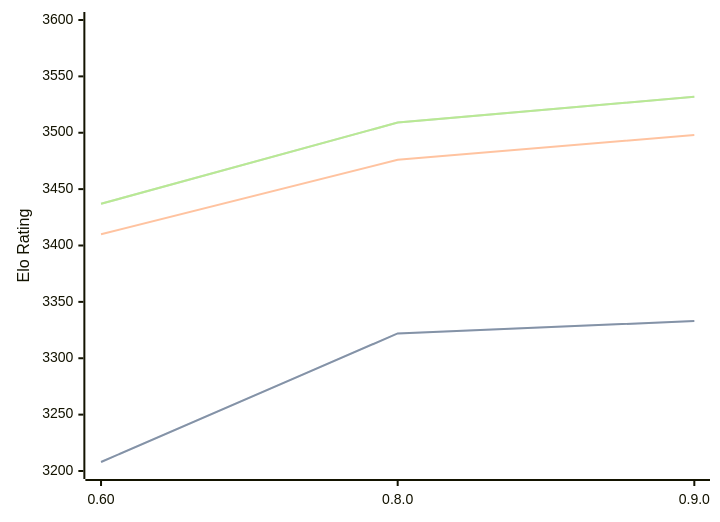
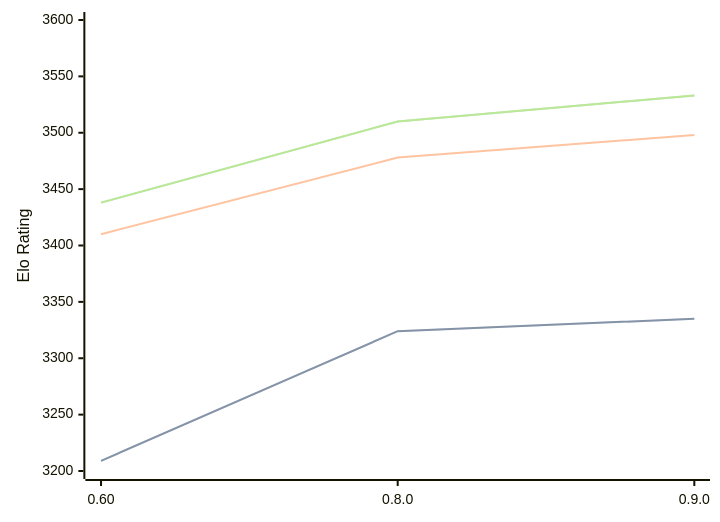
Before and after one commit to computer-chess-index/cci: the diagram in engines/Motor.md, drawn with Mermaid. The commit also changed other lines of this file, not shown here.

Commit message:
Update CCI Ratings (ELO VLTC) - 2026-08-26

````diff
--- a/engines/Motor.md
+++ b/engines/Motor.md
@@ -33,11 +33,11 @@
 ```mermaid
 %%{init: {"theme":"base","themeVariables":{"seriesColors:['#a3a3a3','#222221','#faa371']}}}%%
 xychart-beta
   x-axis ["0.60", "0.8.0", "0.9.0"]
   y-axis "Elo Rating" 3200 --> 3600
-  line "STC (8.0+0.08s)" [3208, 3322, 3333]
-  line "STC (8.0+0.08s)" [3208, 3322, 3333]
-  line "LTC (60.0+0.60s)" [3410, 3476, 3498]
-  line "VLTC (2m24s+1.12s)" [3437, 3509, 3532]
-  line "VLTC (2m24s+1.12s)" [3437, 3509, 3532]
+  line "STC (8.0+0.08s)" [3209, 3324, 3335]
+  line "STC (8.0+0.08s)" [3209, 3324, 3335]
+  line "LTC (60.0+0.60s)" [3410, 3478, 3498]
+  line "VLTC (2m24s+1.12s)" [3438, 3510, 3533]
+  line "VLTC (2m24s+1.12s)" [3438, 3510, 3533]
 ```
````
